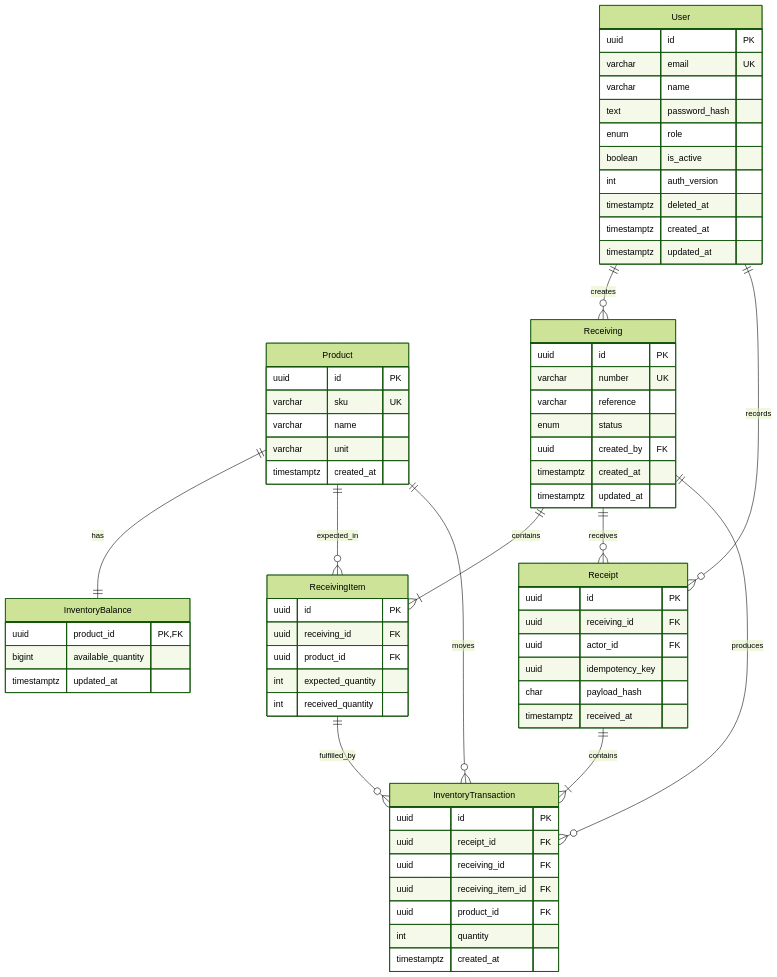
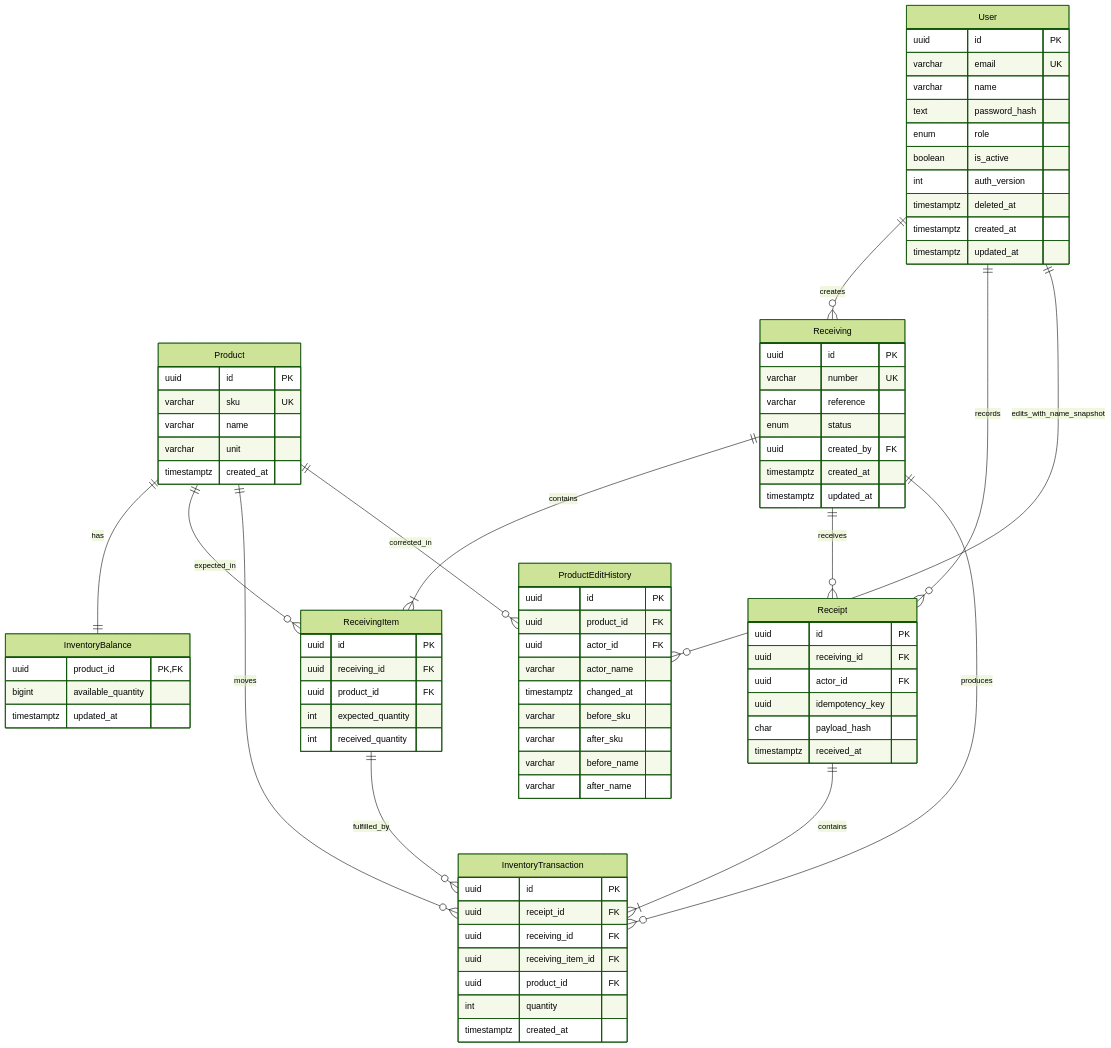
The diagram in docs/erd.mmd (Ufik0203/Warehouse-Receiving-System-BE), drawn with Mermaid (forest theme) before and after one commit. The commit also changed 72 other files, not shown here.

```diff
--- a/docs/erd.mmd
+++ b/docs/erd.mmd
@@ -1,69 +1,83 @@
-%% Reconstructed from PROJECT_SPEC.md database design. See technical-spec.md for SQL constraints.
+%% Source design plus authorized product-edit-history extension. See technical-spec.md for SQL constraints.
 erDiagram
     User {
         uuid id PK
         varchar email UK
         varchar name
         text password_hash
         enum role
         boolean is_active
         int auth_version
         timestamptz deleted_at
         timestamptz created_at
         timestamptz updated_at
     }
     Product {
         uuid id PK
         varchar sku UK
         varchar name
         varchar unit
         timestamptz created_at
     }
     Receiving {
         uuid id PK
         varchar number UK
         varchar reference
         enum status
         uuid created_by FK
         timestamptz created_at
         timestamptz updated_at
     }
     ReceivingItem {
         uuid id PK
         uuid receiving_id FK
         uuid product_id FK
         int expected_quantity
         int received_quantity
     }
     Receipt {
         uuid id PK
         uuid receiving_id FK
         uuid actor_id FK
         uuid idempotency_key
         char payload_hash
         timestamptz received_at
     }
     InventoryTransaction {
         uuid id PK
         uuid receipt_id FK
         uuid receiving_id FK
         uuid receiving_item_id FK
         uuid product_id FK
         int quantity
         timestamptz created_at
     }
     InventoryBalance {
         uuid product_id PK,FK
         bigint available_quantity
         timestamptz updated_at
     }
     User ||--o{ Receiving : creates
     User ||--o{ Receipt : records
     Receiving ||--|{ ReceivingItem : contains
     Receiving ||--o{ Receipt : receives
     Receiving ||--o{ InventoryTransaction : produces
     Product ||--|| InventoryBalance : has
     Product ||--o{ ReceivingItem : expected_in
     Product ||--o{ InventoryTransaction : moves
     Receipt ||--|{ InventoryTransaction : contains
     ReceivingItem ||--o{ InventoryTransaction : fulfilled_by
+
+    ProductEditHistory {
+        uuid id PK
+        uuid product_id FK
+        uuid actor_id FK
+        varchar actor_name
+        timestamptz changed_at
+        varchar before_sku
+        varchar after_sku
+        varchar before_name
+        varchar after_name
+    }
+    Product ||--o{ ProductEditHistory : corrected_in
+    User ||--o{ ProductEditHistory : edits_with_name_snapshot
```
